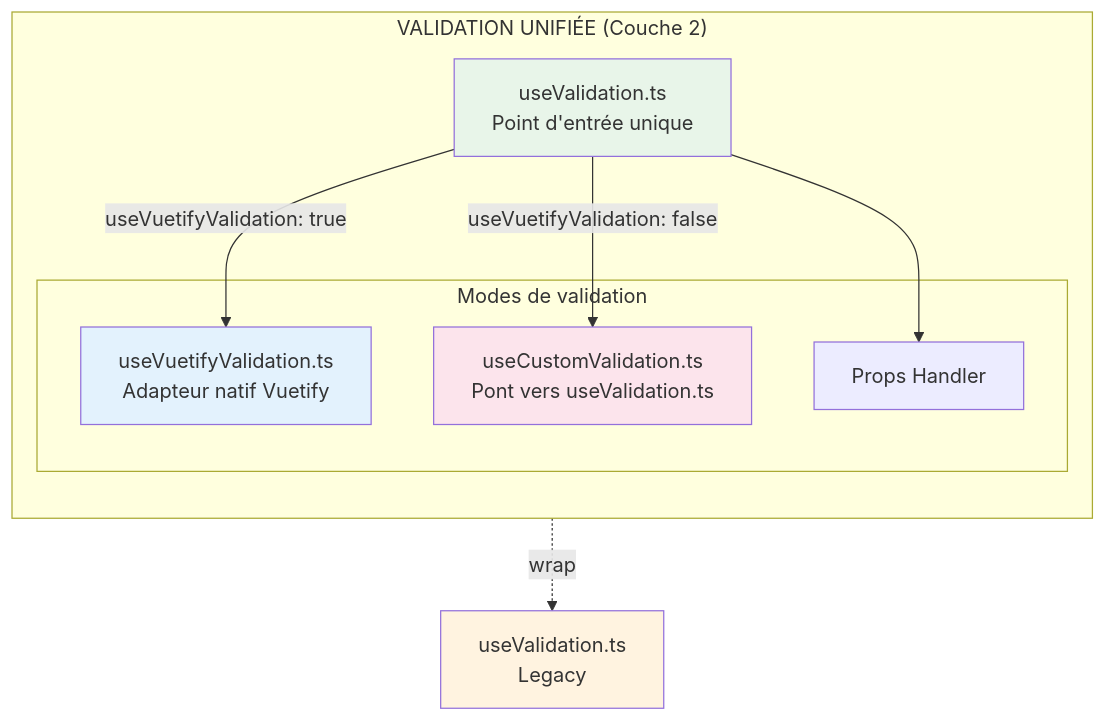
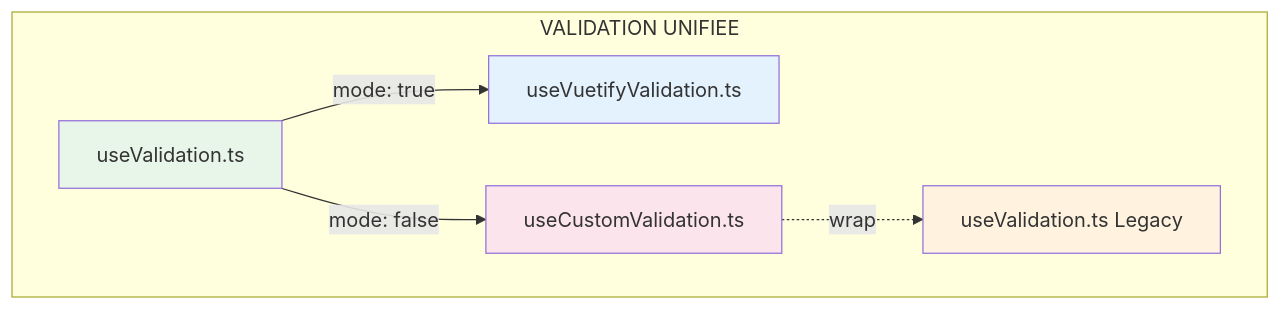
The fourth of 9 diagrams in VALIDATION_SYSTEM_GUIDE.md (assurance-maladie-digital/design-system-v3), drawn with Mermaid before and after one commit. The commit also changed other lines of this file, not shown here.

Commit message:
VALIDATION_SYSTEM_GUIDE: simplify mermaid diagrams and improve readability

````diff
--- a/VALIDATION_SYSTEM_GUIDE.md
+++ b/VALIDATION_SYSTEM_GUIDE.md
@@ -126,25 +113,19 @@
 ```mermaid
 flowchart TB
-    subgraph Unified["VALIDATION UNIFIÉE (Couche 2)"]
-        direction TB
+    subgraph Unified["VALIDATION UNIFIEE"]
+        Entry["useValidation.ts"]
 
-        Entry[useValidation.ts<br/>Point d'entrée unique]
-
-        subgraph Modes["Modes de validation"]
-            Vuetify[useVuetifyValidation.ts<br/>Adapteur natif Vuetify]
-            Custom[useCustomValidation.ts<br/>Pont vers useValidation.ts]
-            Props[Props Handler]
-        end
+        Vuetify["useVuetifyValidation.ts"]
+        Custom["useCustomValidation.ts"]
+        UV_Legacy["useValidation.ts Legacy"]
     end
 
-    Entry -->|useVuetifyValidation: true| Vuetify
-    Entry -->|useVuetifyValidation: false| Custom
-    Entry --> Props
-
-    Custom -.->|wrap| UV_Legacy[useValidation.ts<br/>Legacy]
+    Entry -->|mode: true| Vuetify
+    Entry -->|mode: false| Custom
+    Custom -.->|wrap| UV_Legacy
 
     style Entry fill:#e8f5e9
     style Vuetify fill:#e3f2fd
     style Custom fill:#fce4ec
     style UV_Legacy fill:#fff3e0
 ```
````
